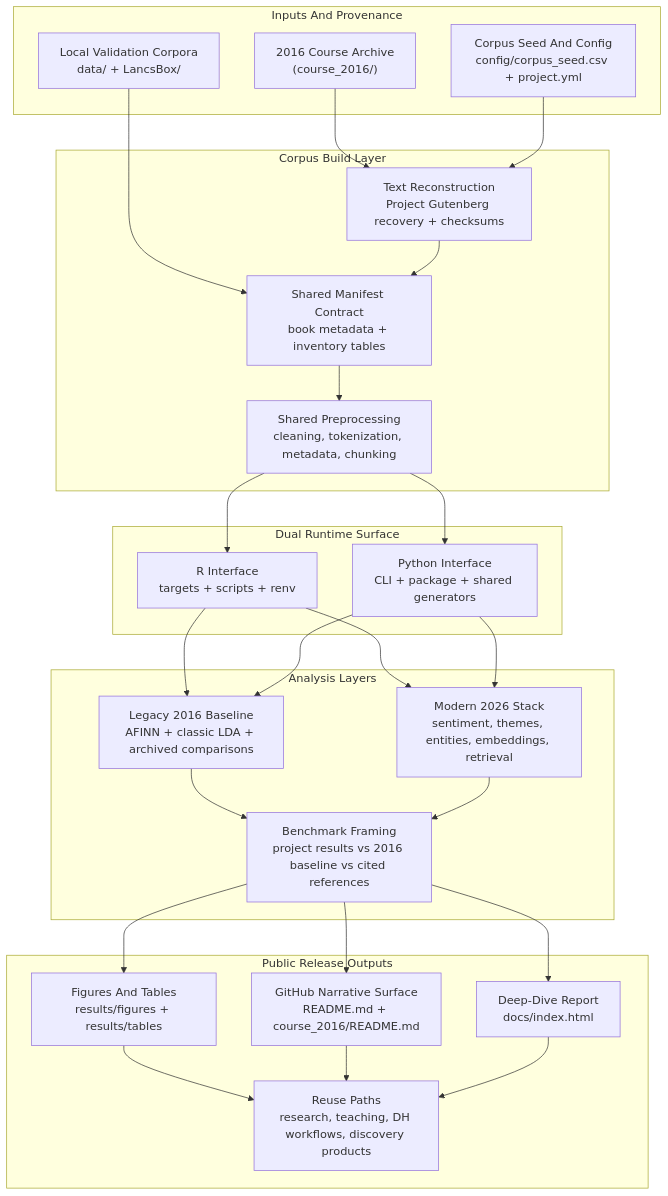
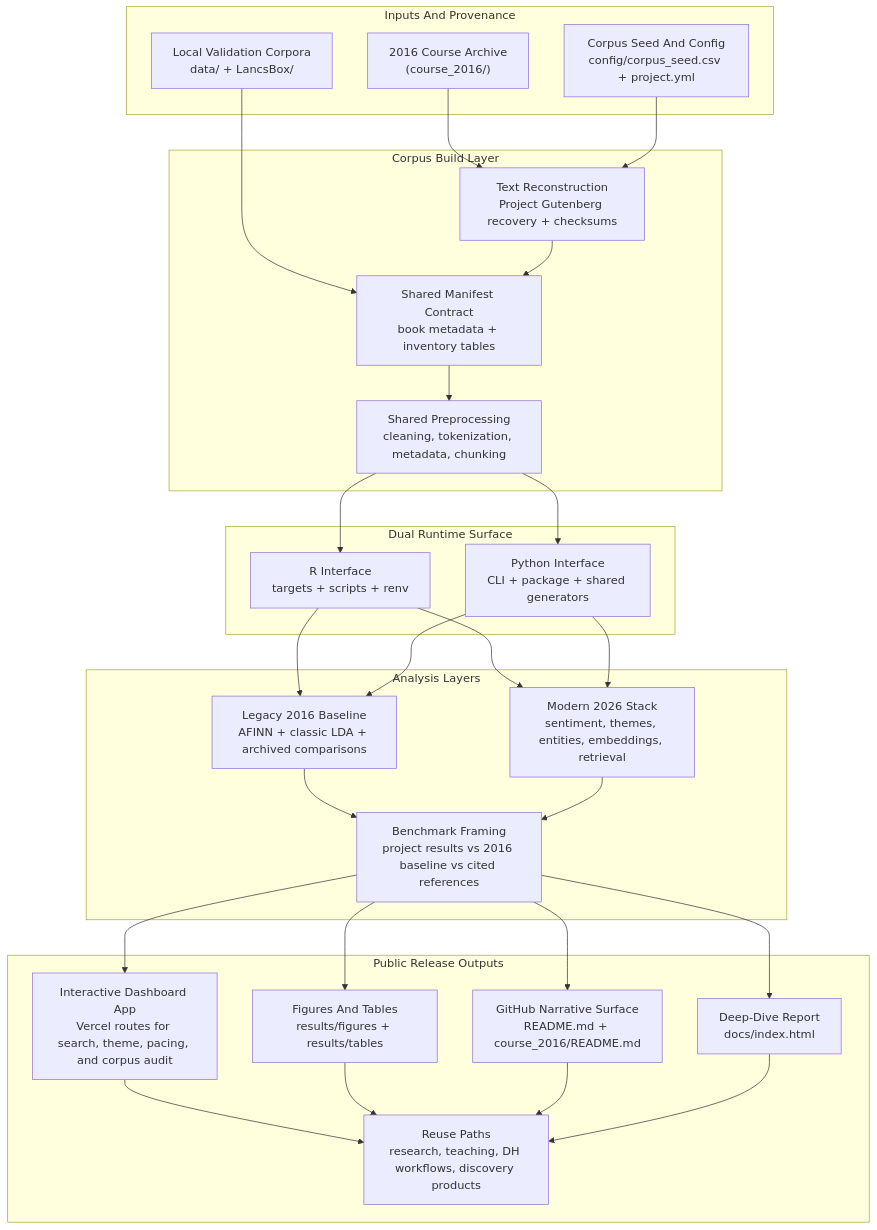
Before and after one commit to bozliu/aarhus-childrens-literature-toolkit: the diagram in README.md, drawn with Mermaid. The commit also changed other lines of this file and 66 other files, not shown here.

````diff
--- a/README.md
+++ b/README.md
@@ -89,51 +99,54 @@
 ```mermaid
 flowchart TD
     subgraph Inputs["Inputs And Provenance"]
         A["2016 Course Archive<br/>(course_2016/)"]
         B["Corpus Seed And Config<br/>config/corpus_seed.csv + project.yml"]
         C["Local Validation Corpora<br/>data/ + LancsBox/"]
     end
 
     subgraph Build["Corpus Build Layer"]
         D["Text Reconstruction<br/>Project Gutenberg recovery + checksums"]
         E["Shared Manifest Contract<br/>book metadata + inventory tables"]
         F["Shared Preprocessing<br/>cleaning, tokenization, metadata, chunking"]
     end
 
     subgraph Runtime["Dual Runtime Surface"]
         G["R Interface<br/>targets + scripts + renv"]
         H["Python Interface<br/>CLI + package + shared generators"]
     end
 
     subgraph Analysis["Analysis Layers"]
         I["Legacy 2016 Baseline<br/>AFINN + classic LDA + archived comparisons"]
         J["Modern 2026 Stack<br/>sentiment, themes, entities, embeddings, retrieval"]
         K["Benchmark Framing<br/>project results vs 2016 baseline vs cited references"]
     end
 
     subgraph Outputs["Public Release Outputs"]
+        P["Interactive Dashboard App<br/>Vercel routes for search, theme, pacing, and corpus audit"]
         L["Figures And Tables<br/>results/figures + results/tables"]
         M["GitHub Narrative Surface<br/>README.md + course_2016/README.md"]
         N["Deep-Dive Report<br/>docs/index.html"]
         O["Reuse Paths<br/>research, teaching, DH workflows, discovery products"]
     end
 
     A --> D
     B --> D
     C --> E
     D --> E --> F
     F --> G
     F --> H
     G --> I
     G --> J
     H --> I
     H --> J
     I --> K
     J --> K
+    K --> P
     K --> L
     K --> M
     K --> N
+    P --> O
     L --> O
     M --> O
     N --> O
 ```
````
